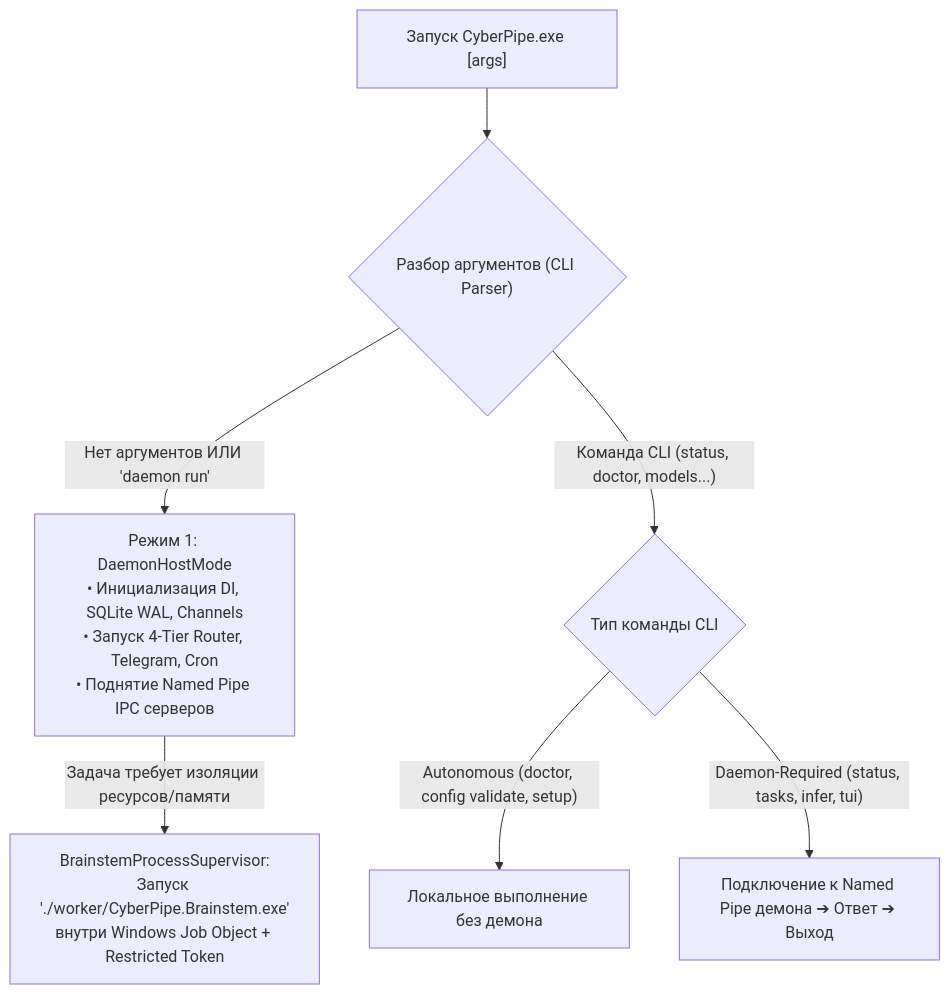
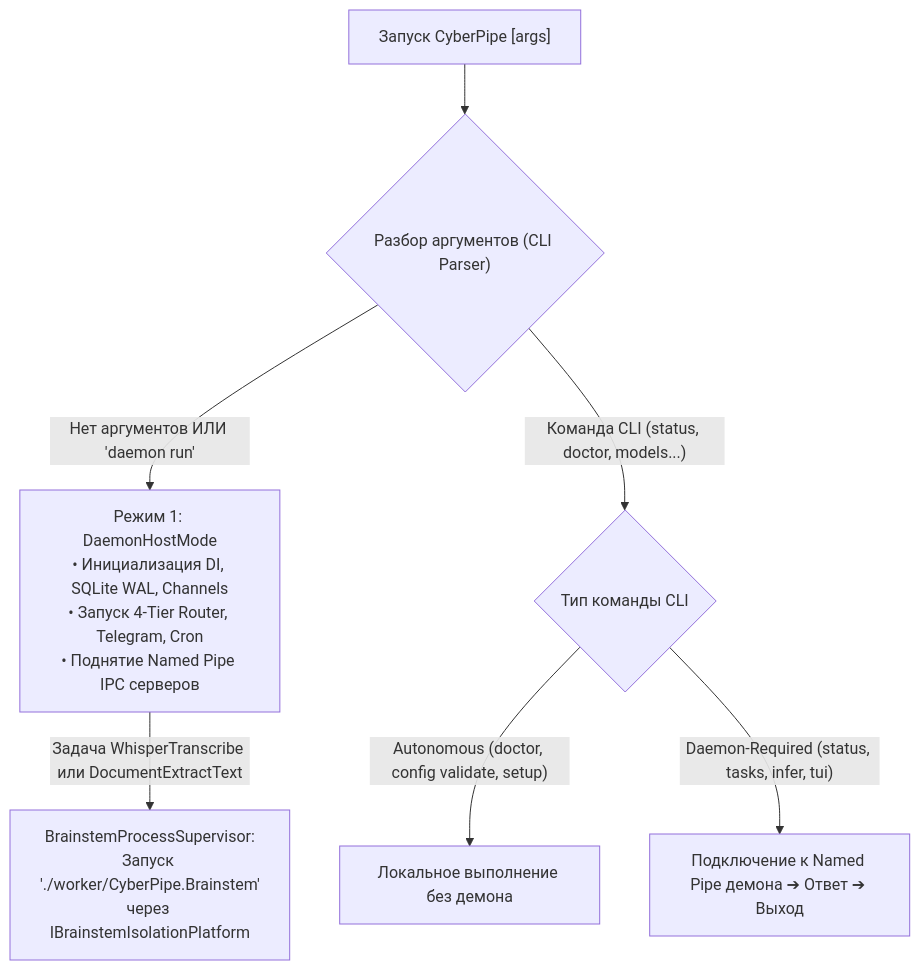
The diagram in docs/plans/15-cli-and-execution-modes.md (abberdeen/CyberPipe), drawn with Mermaid before and after one commit. The commit also changed other lines of this file and 14 other files, not shown here.

First line of the commit message:
docs(plans): update architecture, agent mesh, and implementation planning docs

````diff
--- a/docs/plans/15-cli-and-execution-modes.md
+++ b/docs/plans/15-cli-and-execution-modes.md
@@ -29,12 +32,12 @@
 ```mermaid
 flowchart TD
-    Entry["Запуск CyberPipe.exe [args]"] --> Parse{"Разбор аргументов (CLI Parser)"}
+    Entry["Запуск CyberPipe [args]"] --> Parse{"Разбор аргументов (CLI Parser)"}
 
     Parse -->|"Нет аргументов ИЛИ 'daemon run'"| DaemonMode["Режим 1: DaemonHostMode<br/>• Инициализация DI, SQLite WAL, Channels<br/>• Запуск 4-Tier Router, Telegram, Cron<br/>• Поднятие Named Pipe IPC серверов"]
     
     Parse -->|"Команда CLI (status, doctor, models...)"| CheckCmdType{"Тип команды CLI"}
     CheckCmdType -->|"Autonomous (doctor, config validate, setup)"| OfflineExec["Локальное выполнение без демона"]
     CheckCmdType -->|"Daemon-Required (status, tasks, infer, tui)"| IpcExec["Подключение к Named Pipe демона ➔ Ответ ➔ Выход"]
 
-    DaemonMode -->|"Задача требует изоляции ресурсов/памяти"| SpawnBrainstem["BrainstemProcessSupervisor:<br/>Запуск './worker/CyberPipe.Brainstem.exe'<br/>внутри Windows Job Object + Restricted Token"]
+    DaemonMode -->|"Задача WhisperTranscribe или DocumentExtractText"| SpawnBrainstem["BrainstemProcessSupervisor:<br/>Запуск './worker/CyberPipe.Brainstem'<br/>через IBrainstemIsolationPlatform"]
 ```
````
